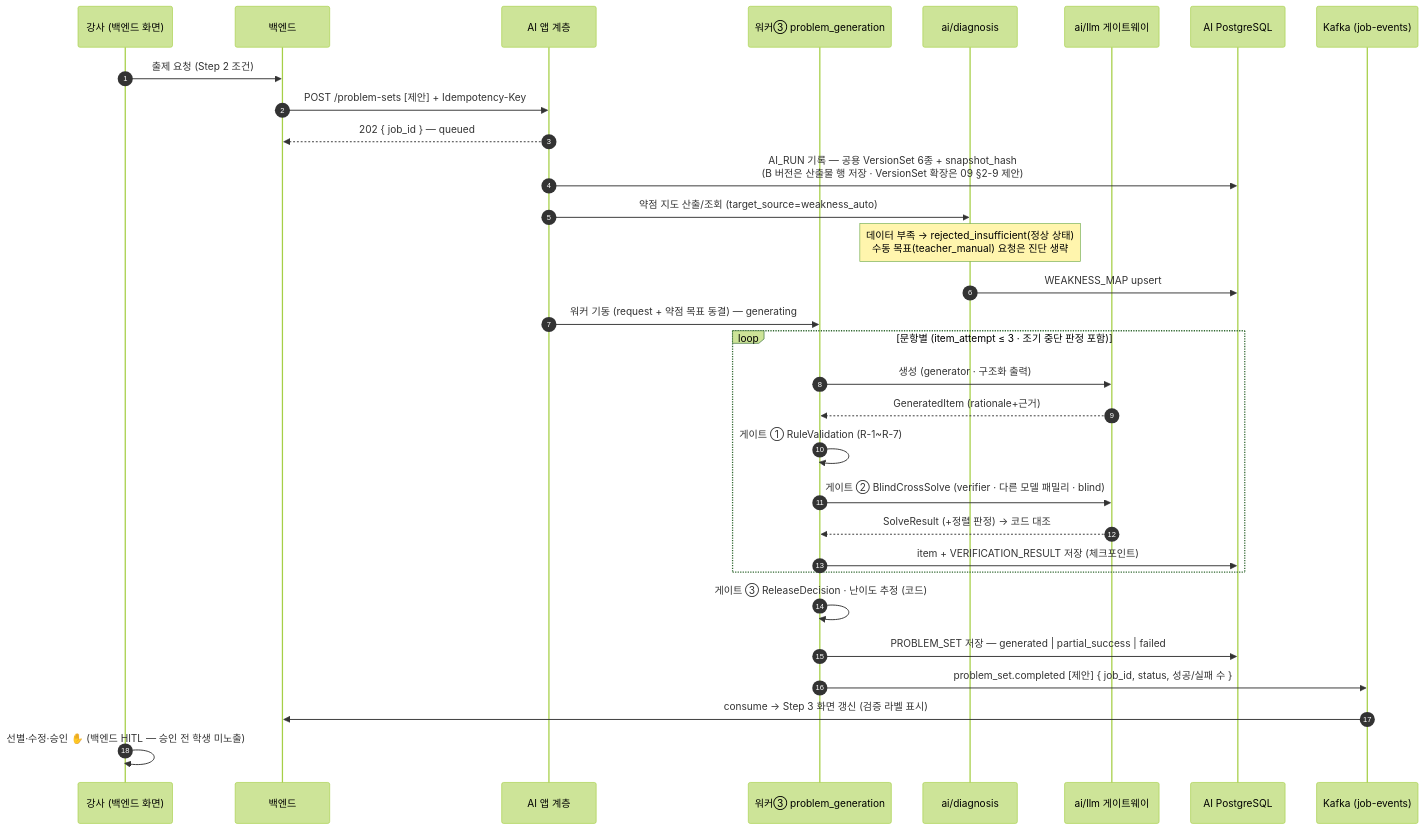
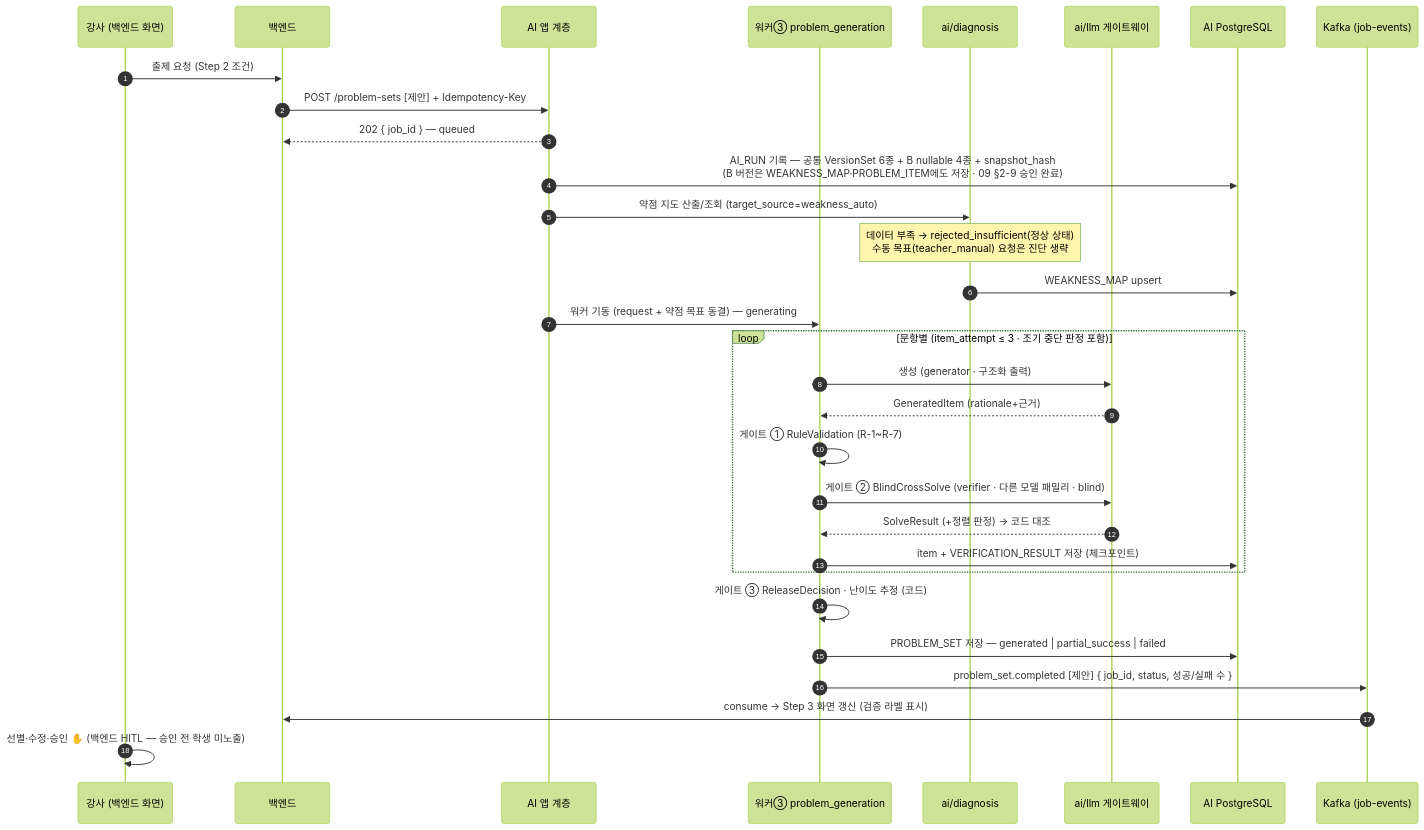
One commit to MTVS5-CheckOn/CheckOn-AI changed the first of 3 diagrams in docs/part_b/02_design.md. Above: the diagram before and after it, drawn with Mermaid (forest theme). The commit also changed other lines of this file and 15 other files, not shown here.

````diff
--- a/docs/part_b/02_design.md
+++ b/docs/part_b/02_design.md
@@ -16,33 +16,33 @@
 ```mermaid
 sequenceDiagram
   autonumber
   participant T as 강사 (백엔드 화면)
   participant BE as 백엔드
   participant API as AI 앱 계층
   participant PRB as 워커③ problem_generation
   participant DIA as ai/diagnosis
   participant GW as ai/llm 게이트웨이
   participant PG as AI PostgreSQL
   participant K as Kafka (job-events)
   T->>BE: 출제 요청 (Step 2 조건)
   BE->>API: POST /problem-sets [제안] + Idempotency-Key
   API-->>BE: 202 { job_id } — queued
-  API->>PG: AI_RUN 기록 — 공용 VersionSet 6종 + snapshot_hash<br/>(B 버전은 산출물 행 저장 · VersionSet 확장은 09 §2-9 제안)
+  API->>PG: AI_RUN 기록 — 공통 VersionSet 6종 + B nullable 4종 + snapshot_hash<br/>(B 버전은 WEAKNESS_MAP·PROBLEM_ITEM에도 저장 · 09 §2-9 승인 완료)
   API->>DIA: 약점 지도 산출/조회 (target_source=weakness_auto)
   Note over DIA: 데이터 부족 → rejected_insufficient(정상 상태)<br/>수동 목표(teacher_manual) 요청은 진단 생략
   DIA->>PG: WEAKNESS_MAP upsert
   API->>PRB: 워커 기동 (request + 약점 목표 동결) — generating
   loop 문항별 (item_attempt ≤ 3 · 조기 중단 판정 포함)
     PRB->>GW: 생성 (generator · 구조화 출력)
     GW-->>PRB: GeneratedItem (rationale+근거)
     PRB->>PRB: 게이트 ① RuleValidation (R-1~R-7)
     PRB->>GW: 게이트 ② BlindCrossSolve (verifier · 다른 모델 패밀리 · blind)
     GW-->>PRB: SolveResult (+정렬 판정) → 코드 대조
     PRB->>PG: item + VERIFICATION_RESULT 저장 (체크포인트)
   end
   PRB->>PRB: 게이트 ③ ReleaseDecision · 난이도 추정 (코드)
   PRB->>PG: PROBLEM_SET 저장 — generated | partial_success | failed
   PRB->>K: problem_set.completed [제안] { job_id, status, 성공/실패 수 }
   K->>BE: consume → Step 3 화면 갱신 (검증 라벨 표시)
   T->>T: 선별·수정·승인 ✋ (백엔드 HITL — 승인 전 학생 미노출)
 ```
````
